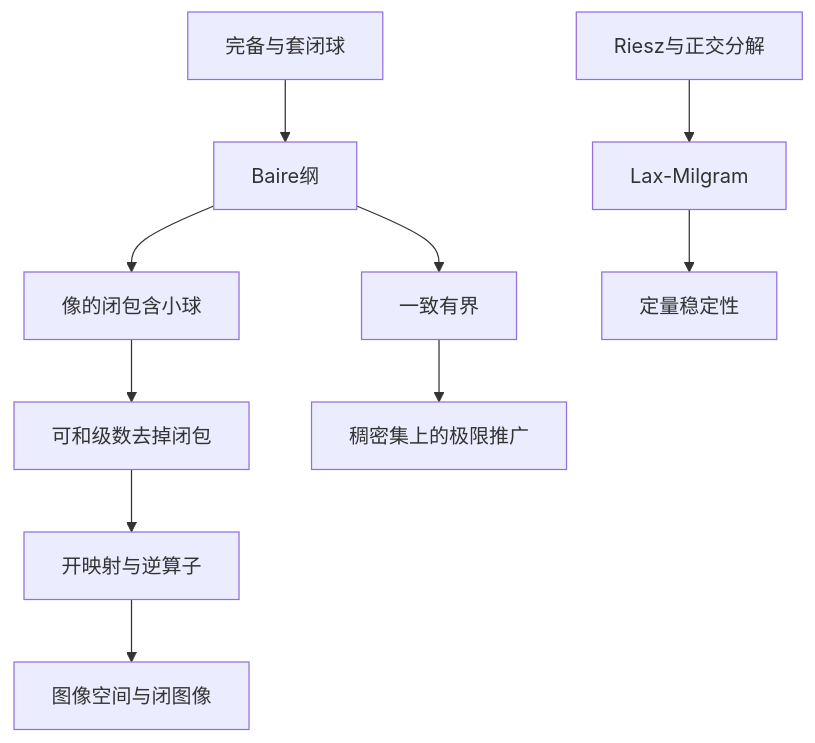
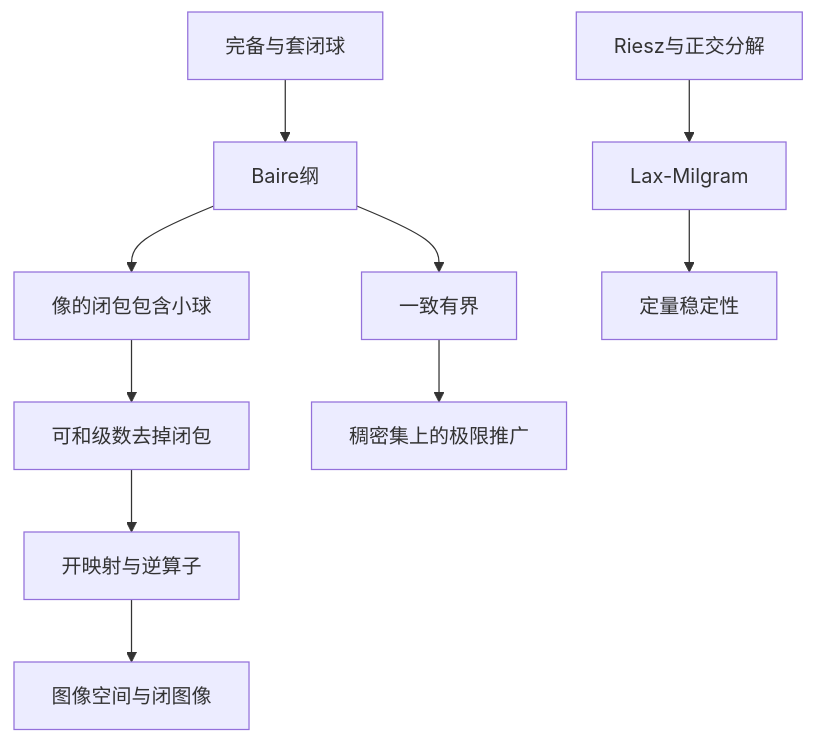
Before and after one commit to xsoc1/math-notes: the diagram in 泛函分析/09_Baire纲与基本定理/00_专题总览.md, drawn with Mermaid. The commit also changed other lines of this file and 134 other files, not shown here.

````diff
--- a/泛函分析/09_Baire纲与基本定理/00_专题总览.md
+++ b/泛函分析/09_Baire纲与基本定理/00_专题总览.md
@@ -23,12 +25,12 @@
-~~~mermaid
+```mermaid
 graph TD
-	A[完备与套闭球] --> B[Baire纲]
-	B --> C[像的闭包含小球]
-	C --> D[可和级数去掉闭包]
-	D --> E[开映射与逆算子]
-	E --> F[图像空间与闭图像]
-	B --> G[一致有界]
-	G --> H[稠密集上的极限推广]
-	I[Riesz与正交分解] --> J[Lax-Milgram]
-	J --> K[定量稳定性]
-~~~
+    A[完备与套闭球] --> B[Baire纲]
+    B --> C[像的闭包包含小球]
+    C --> D[可和级数去掉闭包]
+    D --> E[开映射与逆算子]
+    E --> F[图像空间与闭图像]
+    B --> G[一致有界]
+    G --> H[稠密集上的极限推广]
+    I[Riesz与正交分解] --> J[Lax-Milgram]
+    J --> K[定量稳定性]
+```
````
